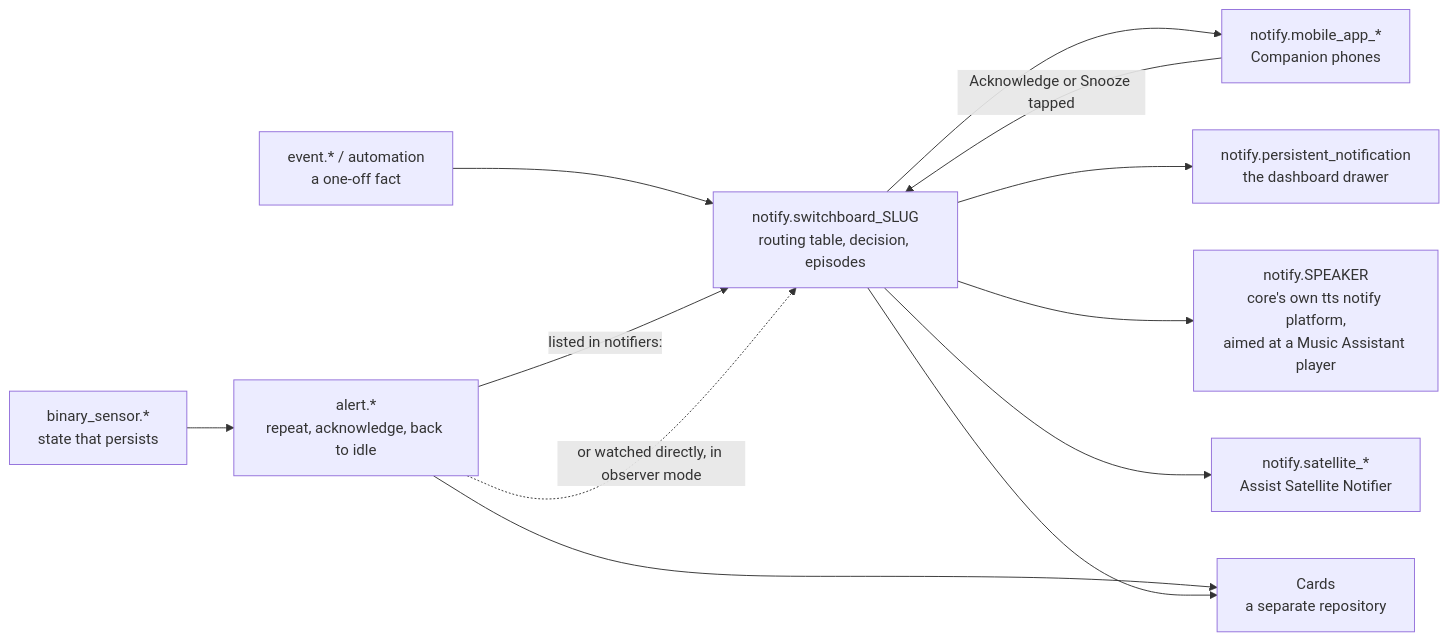
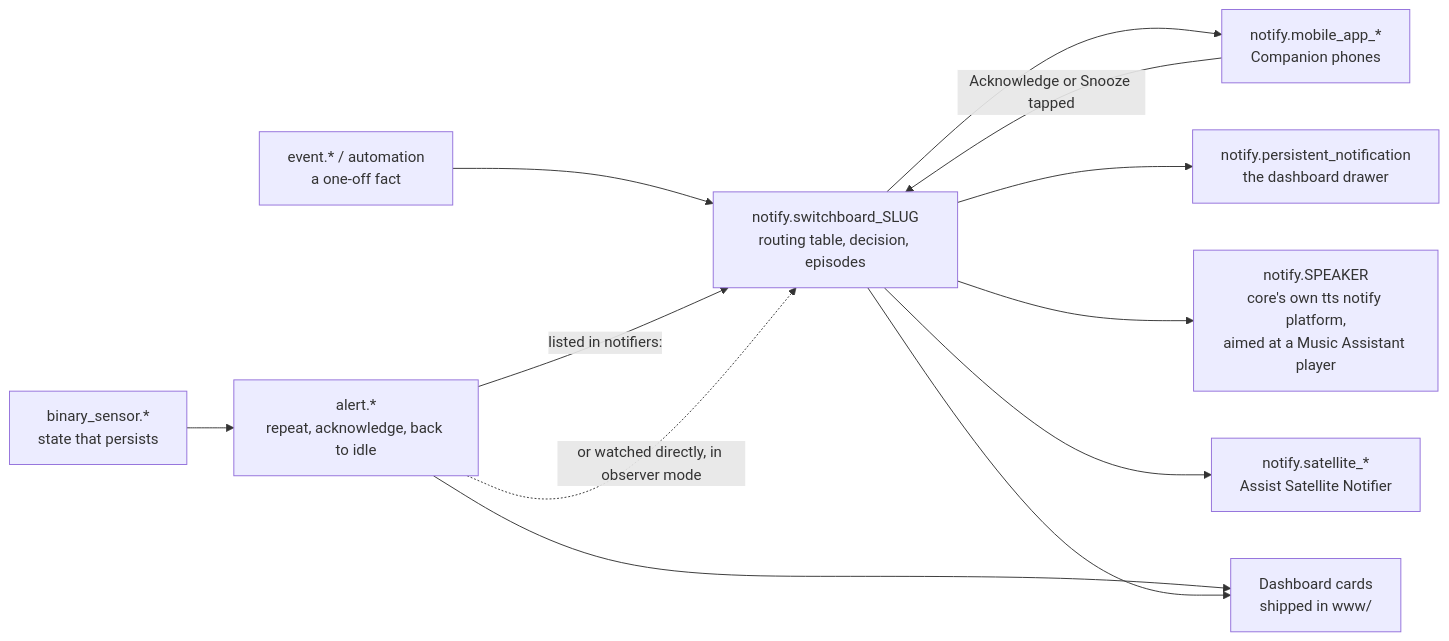
The first of 4 diagrams in docs/ARCHITECTURE.md (amiel-35/notify-switchboard), drawn with Mermaid before and after one commit. The commit also changed other lines of this file and 77 other files, not shown here.

Commit message:
0.10.0 — the dashboard cards ship with the integration (#53)

````diff
--- a/docs/ARCHITECTURE.md
+++ b/docs/ARCHITECTURE.md
@@ -10,16 +10,16 @@
 ```mermaid
 flowchart LR
     BS["binary_sensor.*<br/>state that persists"] --> AL
     EV["event.* / automation<br/>a one-off fact"] --> SW
     AL["alert.*<br/>repeat, acknowledge, back to idle"]
     AL -- "listed in notifiers:" --> SW
     AL -. "or watched directly, in observer mode" .-> SW
     SW["notify.switchboard_SLUG<br/>routing table, decision, episodes"]
     SW --> PH["notify.mobile_app_*<br/>Companion phones"]
     SW --> PN["notify.persistent_notification<br/>the dashboard drawer"]
     SW --> TTS["notify.SPEAKER<br/>core's own tts notify platform,<br/>aimed at a Music Assistant player"]
     SW --> SAT["notify.satellite_*<br/>Assist Satellite Notifier"]
     PH -- "Acknowledge or Snooze tapped" --> SW
-    AL --> CARDS["Cards<br/>a separate repository"]
+    AL --> CARDS["Dashboard cards<br/>shipped in www/"]
     SW --> CARDS
 ```
````
